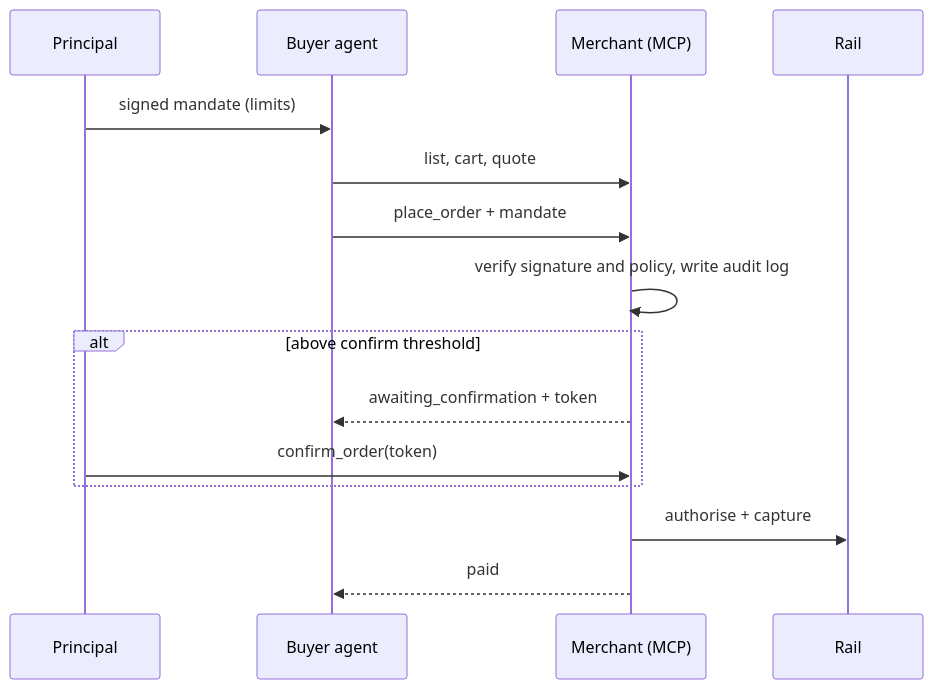
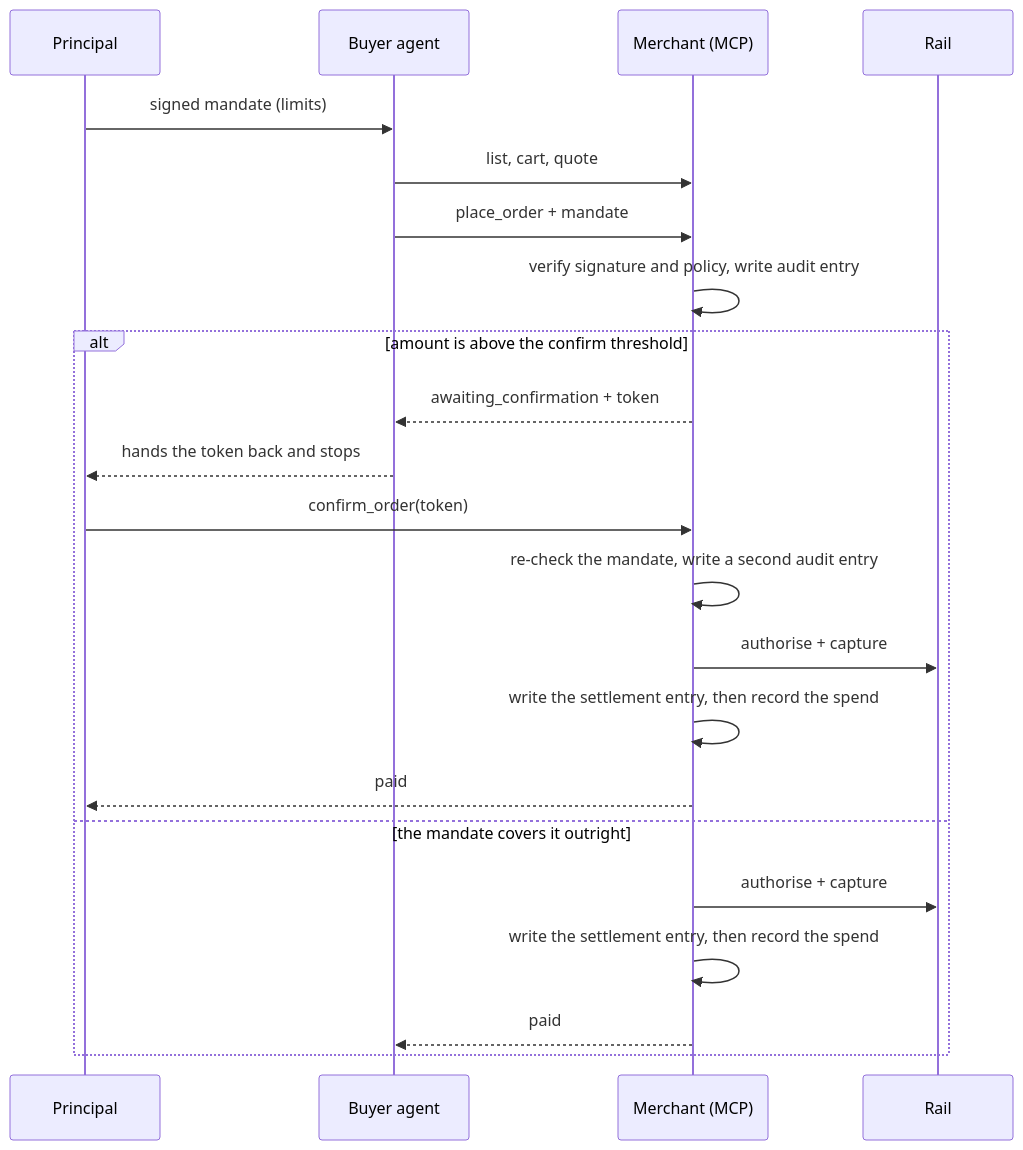
One commit to Andrea10/agentic-checkout-reference changed the diagram in docs/PRD.md. Above: the diagram before and after it, drawn with Mermaid. The commit also changed other lines of this file and 8 other files, not shown here.

````diff
--- a/docs/PRD.md
+++ b/docs/PRD.md
@@ -98,17 +98,24 @@
 ```mermaid
 sequenceDiagram
   participant P as Principal
   participant A as Buyer agent
   participant M as Merchant (MCP)
   participant R as Rail
   P->>A: signed mandate (limits)
   A->>M: list, cart, quote
   A->>M: place_order + mandate
-  M->>M: verify signature and policy, write audit log
-  alt above confirm threshold
+  M->>M: verify signature and policy, write audit entry
+  alt amount is above the confirm threshold
     M-->>A: awaiting_confirmation + token
+    A-->>P: hands the token back and stops
     P->>M: confirm_order(token)
+    M->>M: re-check the mandate, write a second audit entry
+    M->>R: authorise + capture
+    M->>M: write the settlement entry, then record the spend
+    M-->>P: paid
+  else the mandate covers it outright
+    M->>R: authorise + capture
+    M->>M: write the settlement entry, then record the spend
+    M-->>A: paid
   end
-  M->>R: authorise + capture
-  M-->>A: paid
 ```
````
